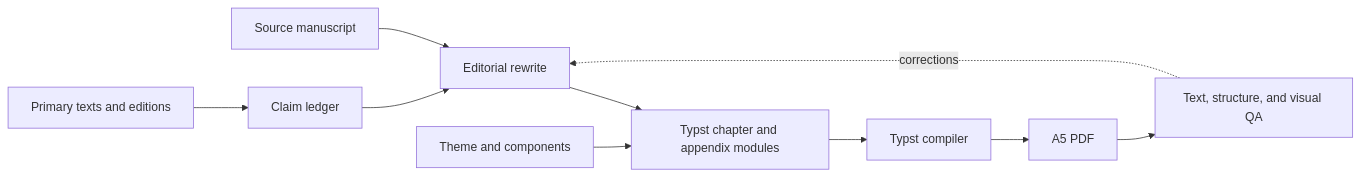
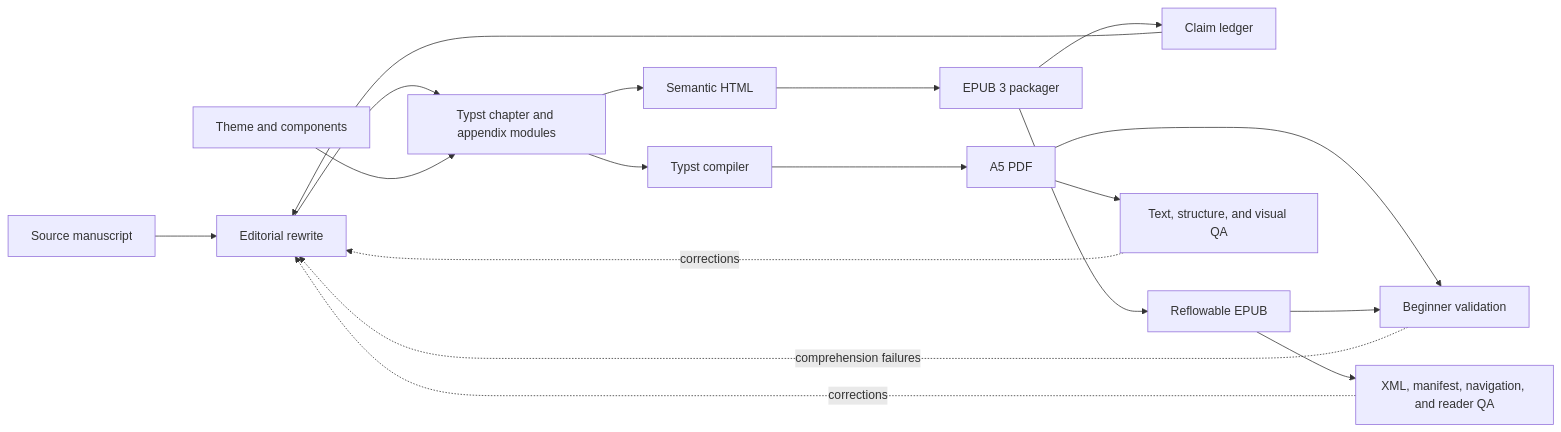
The fifth of 5 diagrams in AGENTS.md (streamentry/streamentry), drawn with Mermaid before and after one commit. The commit also changed other lines of this file and 35 other files, not shown here.

First line of the commit message:
Publish beginner-hardened handbook and EPUB edition (#1)

````diff
--- a/AGENTS.md
+++ b/AGENTS.md
@@ -89,12 +112,20 @@
 ```mermaid
 flowchart LR
   S["Source manuscript"] --> E["Editorial rewrite"]
   P["Primary texts and editions"] --> L["Claim ledger"]
   L --> E
   E --> T["Typst chapter and appendix modules"]
   Y["Theme and components"] --> T
   T --> C["Typst compiler"]
   C --> D["A5 PDF"]
+  T --> H["Semantic HTML"]
+  H --> P["EPUB 3 packager"]
+  P --> U["Reflowable EPUB"]
   D --> Q["Text, structure, and visual QA"]
+  U --> V["XML, manifest, navigation, and reader QA"]
+  D --> B["Beginner validation"]
+  U --> B
   Q -. "corrections" .-> E
+  V -. "corrections" .-> E
+  B -. "comprehension failures" .-> E
 ```
````
